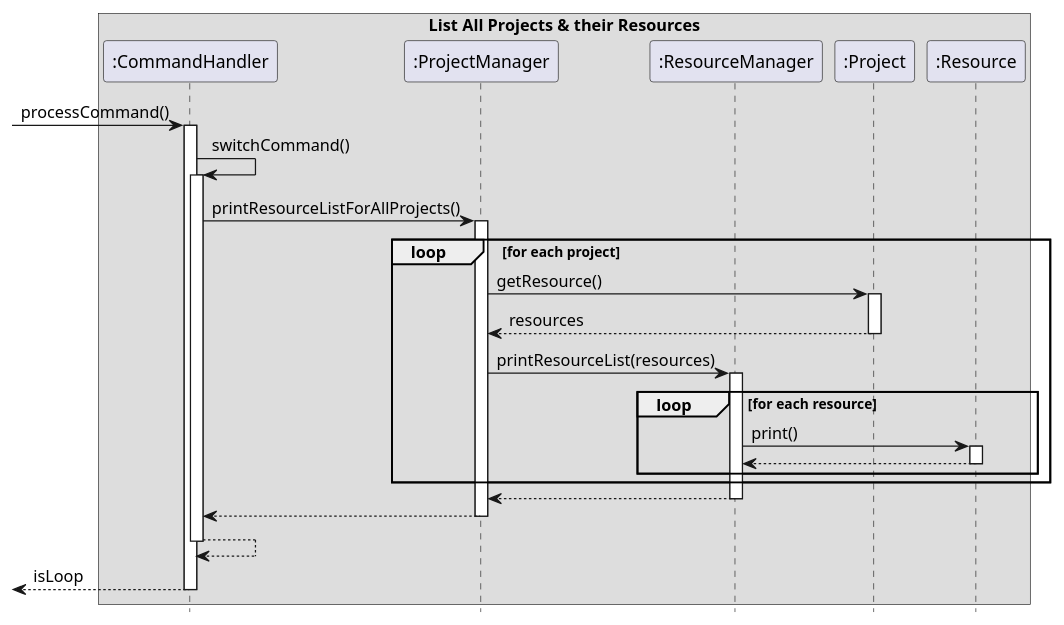
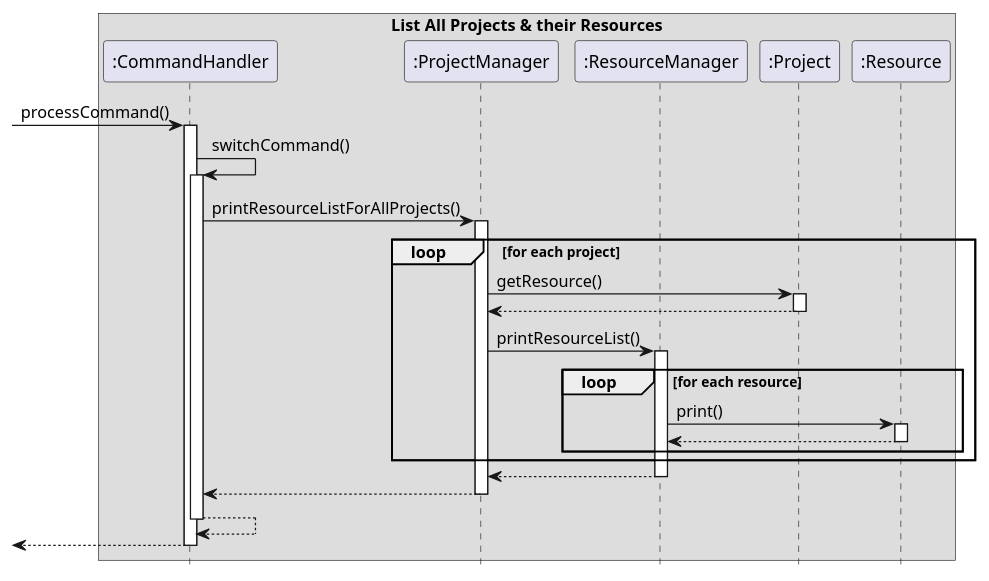
One commit to s-t-e-f/tp changed the diagram in docs/PlantUML/ListAllProjectResources.puml. Above: the diagram before and after it, drawn with PlantUML. The commit also changed 3 other files, not shown here.

Commit message:
Remove return types and parameters in list-all & list p/PROJECT_NAME  sequence diagrams.

```diff
--- a/docs/PlantUML/ListAllProjectResources.puml
+++ b/docs/PlantUML/ListAllProjectResources.puml
@@ -1,36 +1,36 @@
 @startuml
 hide footbox
 box List All Projects & their Resources
 participant ":CommandHandler" as CH
 participant ":ProjectManager" as PM
 participant ":ResourceManager" as RM
 participant ":Project" as P
 participant ":Resource" as R
 
 [-> CH: processCommand()
 activate CH
 
 CH -> CH: switchCommand()
 activate CH
 
 CH -> PM: printResourceListForAllProjects()
 activate PM
 
 loop for each project
     PM -> P: getResource()
     activate P
-    return resources
-    PM -> RM: printResourceList(resources)
+    return
+    PM -> RM: printResourceList()
     activate RM
     loop for each resource
         RM->R: print()
         activate R
         return
     end
 end
 return
 return
 return
-return isLoop
+return
 
 @enduml
```
